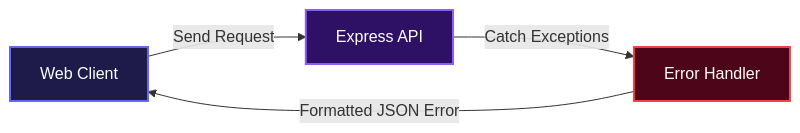
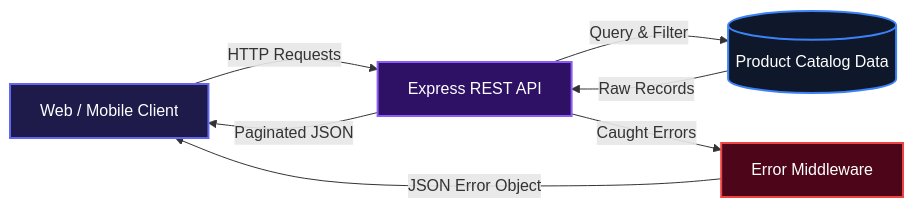
The first of 3 diagrams in README.md (Aisdev979/e-commerce_store_api), drawn with Mermaid before and after one commit. The commit also changed other lines of this file and 5 other files, not shown here.

````diff
--- a/README.md
+++ b/README.md
@@ -7,14 +7,19 @@
 ```mermaid
 flowchart LR
-  Client["Web Client"]
-  APIServer["Express API"]
-  ErrorHandler["Error Handler"]
+  Client["Web / Mobile Client"]
+  API["Express REST API"]
+  CatalogStore[("Product Catalog Data")]
+  ErrorHandler["Error Middleware"]
 
-  Client -- "Send Request" --> APIServer
-  APIServer -- "Catch Exceptions" --> ErrorHandler
-  ErrorHandler -- "Formatted JSON Error" --> Client
+  Client -- "HTTP Requests" --> API
+  API -- "Query & Filter" --> CatalogStore
+  CatalogStore -- "Raw Records" --> API
+  API -- "Caught Errors" --> ErrorHandler
+  ErrorHandler -- "JSON Error Object" --> Client
+  API -- "Paginated JSON" --> Client
 
   style Client fill:#1e1b4b,stroke:#6366f1,stroke-width:2px,color:#fff
-  style APIServer fill:#2e1065,stroke:#8b5cf6,stroke-width:2px,color:#fff
+  style API fill:#2e1065,stroke:#8b5cf6,stroke-width:2px,color:#fff
+  style CatalogStore fill:#0f172a,stroke:#3b82f6,stroke-width:2px,color:#fff
   style ErrorHandler fill:#4c0519,stroke:#ef4444,stroke-width:2px,color:#fff
 ```
````
